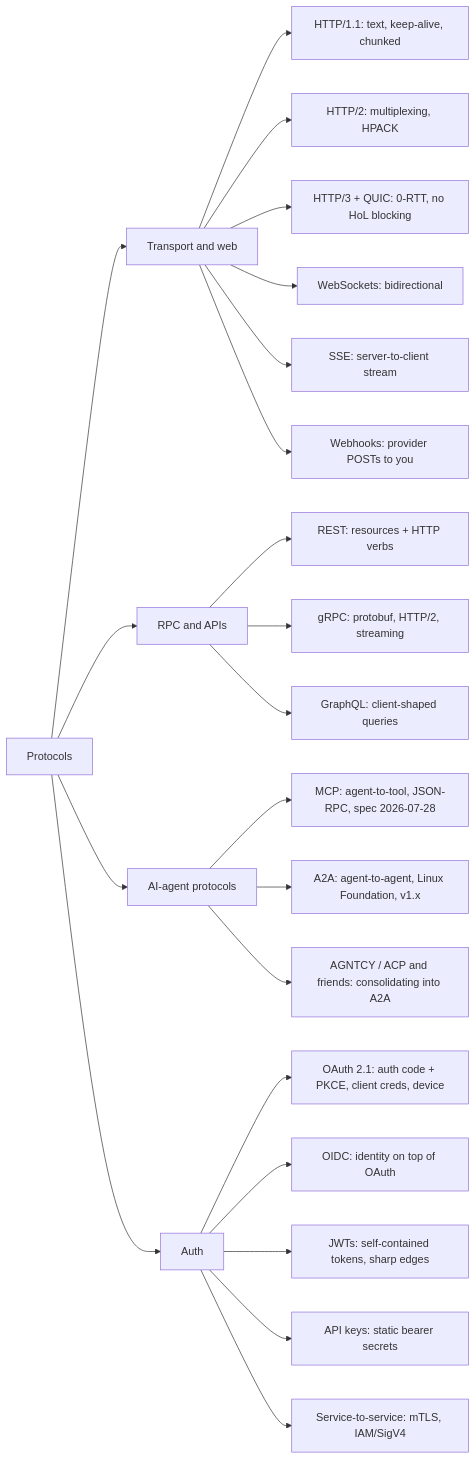
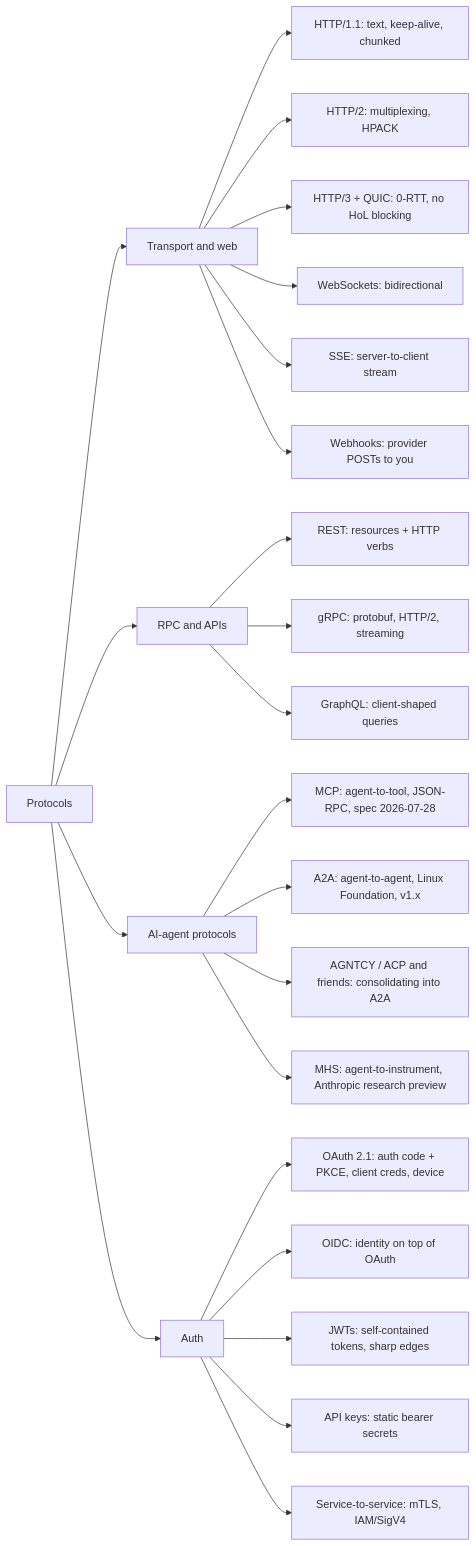
Before and after one commit to khalit7/technical_knowledge_base: the diagram in topics/protocols/summary.md, drawn with Mermaid. The commit also changed other lines of this file and 22 other files, not shown here.

````diff
--- a/topics/protocols/summary.md
+++ b/topics/protocols/summary.md
@@ -12,29 +12,30 @@
 ```mermaid
 graph LR
     P[Protocols]
 
     P --> T[Transport and web]
     T --> T1["HTTP/1.1: text, keep-alive, chunked"]
     T --> T2["HTTP/2: multiplexing, HPACK"]
     T --> T3["HTTP/3 + QUIC: 0-RTT, no HoL blocking"]
     T --> T4["WebSockets: bidirectional"]
     T --> T5["SSE: server-to-client stream"]
     T --> T6["Webhooks: provider POSTs to you"]
 
     P --> R[RPC and APIs]
     R --> R1["REST: resources + HTTP verbs"]
     R --> R2["gRPC: protobuf, HTTP/2, streaming"]
     R --> R3["GraphQL: client-shaped queries"]
 
     P --> A[AI-agent protocols]
     A --> A1["MCP: agent-to-tool, JSON-RPC, spec 2026-07-28"]
     A --> A2["A2A: agent-to-agent, Linux Foundation, v1.x"]
     A --> A3["AGNTCY / ACP and friends: consolidating into A2A"]
+    A --> A4["MHS: agent-to-instrument, Anthropic research preview"]
 
     P --> S[Auth]
     S --> S1["OAuth 2.1: auth code + PKCE, client creds, device"]
     S --> S2["OIDC: identity on top of OAuth"]
     S --> S3["JWTs: self-contained tokens, sharp edges"]
     S --> S4["API keys: static bearer secrets"]
     S --> S5["Service-to-service: mTLS, IAM/SigV4"]
 ```
````
